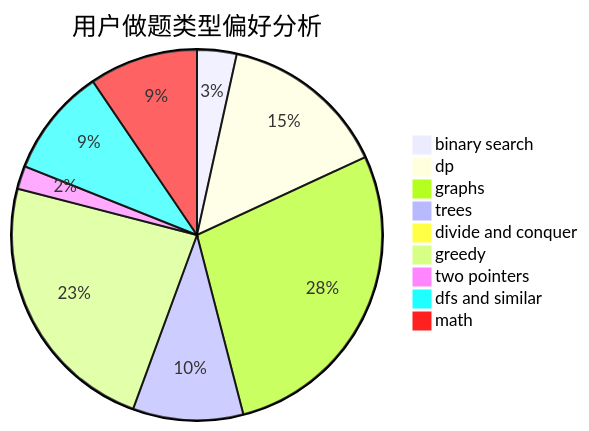
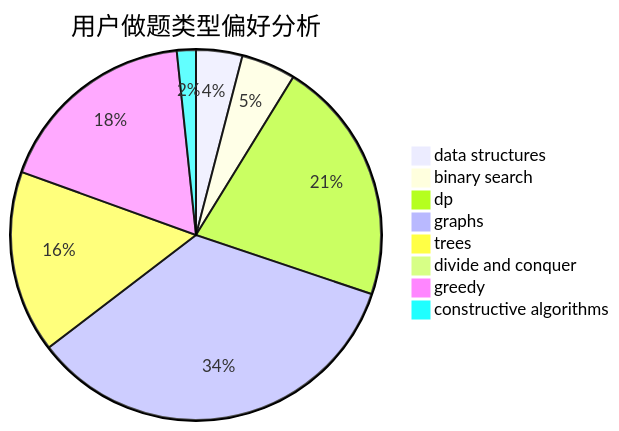
One commit to sherpahu/cfrs.github.io changed the second of 3 diagrams in docs/user/u162.md. Above: the diagram before and after it, drawn with Mermaid. The commit also changed other lines of this file and 2775 other files, not shown here.

````diff
--- a/docs/user/u162.md
+++ b/docs/user/u162.md
@@ -23,12 +23,11 @@
 ```mermaid
 pie title 用户做题类型偏好分析
-    "binary search" :  24
-    "dp" :  102
-    "graphs" :  194
+    "data structures" :  17
+    "binary search" :  20
+    "dp" :  90
+    "graphs" :  145
     "trees" :  67
-    "divide and conquer" :  1
-    "greedy" :  163
-    "two pointers" :  14
-    "dfs and similar" :  66
-    "math" :  66
+    "divide and conquer" :  0
+    "greedy" :  75
+    "constructive algorithms" :  7
 ```
````
